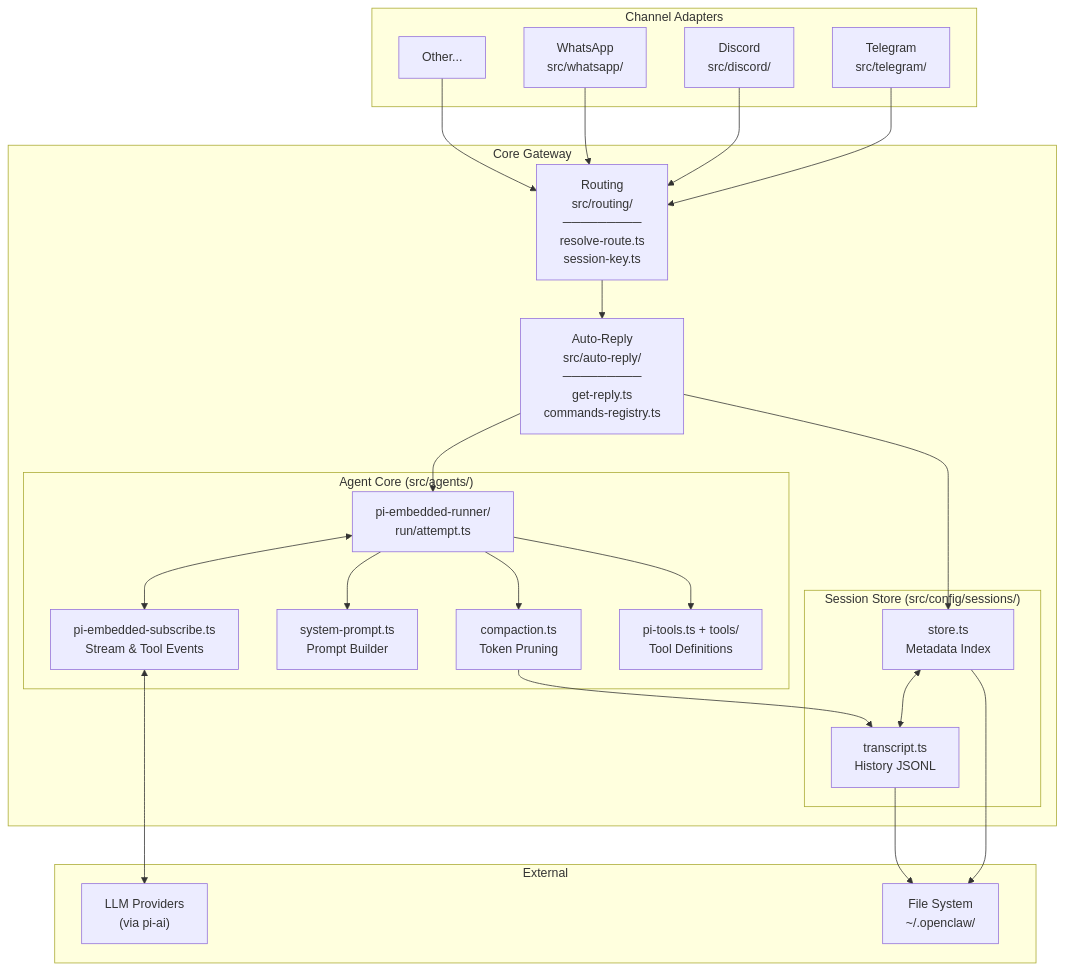
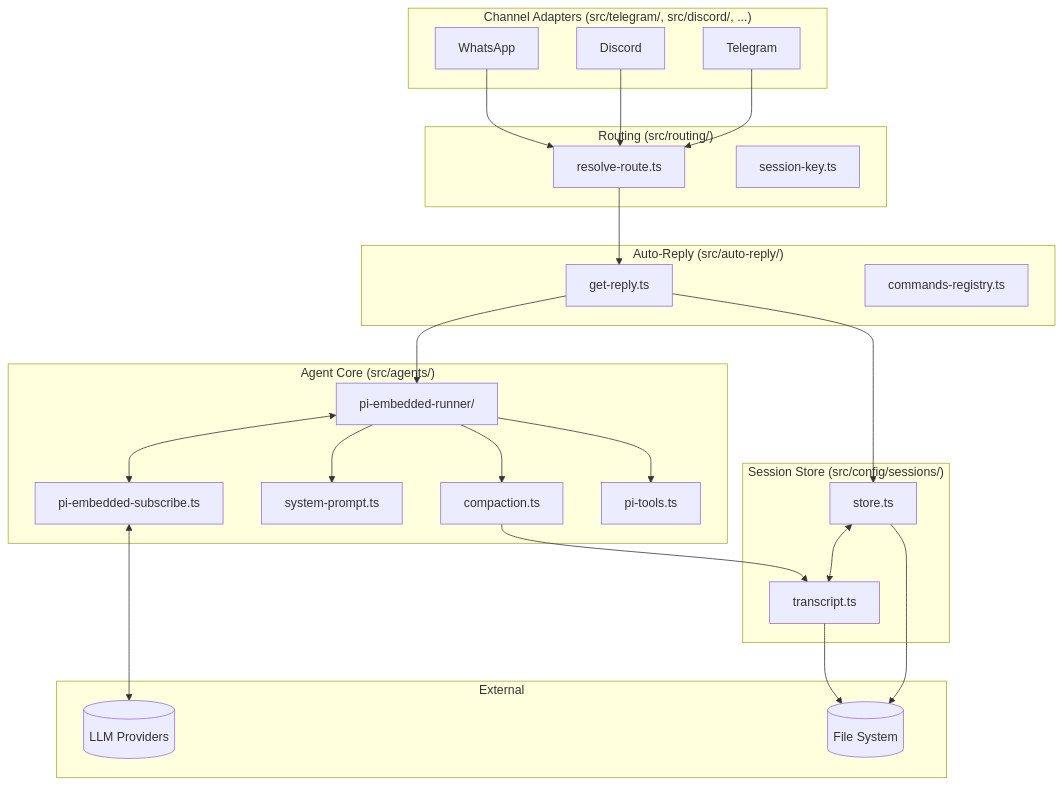
Before and after one commit to Elarwei001/research_openclaw: the second of 9 diagrams in architecture/components/session-management.md, drawn with Mermaid. The commit also changed other lines of this file and 1 other file, not shown here.

Commit message:
docs: fix module architecture diagram - show peer-level modules
- Remove misleading 'Core Gateway' container
- All modules are peer-level directories under src/
- Diagram now shows call relationships, not containment
- Added note clarifying this is not a hierarchy

````diff
--- a/architecture/components/session-management.md
+++ b/architecture/components/session-management.md
@@ -250,46 +250,47 @@
 ```mermaid
 flowchart TB
-    subgraph Channels["Channel Adapters"]
-        TG[Telegram<br/>src/telegram/]
-        DC[Discord<br/>src/discord/]
-        WA[WhatsApp<br/>src/whatsapp/]
-        OT[Other...]
+    subgraph Channels["Channel Adapters (src/telegram/, src/discord/, ...)"]
+        TG[Telegram]
+        DC[Discord]
+        WA[WhatsApp]
     end
 
-    subgraph Core["Core Gateway"]
-        Router["Routing<br/>src/routing/<br/>─────────<br/>resolve-route.ts<br/>session-key.ts"]
-        
-        AutoReply["Auto-Reply<br/>src/auto-reply/<br/>─────────<br/>get-reply.ts<br/>commands-registry.ts"]
-        
-        subgraph SessionMgr["Session Store (src/config/sessions/)"]
-            Store["store.ts<br/>Metadata Index"]
-            Trans["transcript.ts<br/>History JSONL"]
-        end
-        
-        subgraph AgentCore["Agent Core (src/agents/)"]
-            Runner["pi-embedded-runner/<br/>run/attempt.ts"]
-            Subscribe["pi-embedded-subscribe.ts<br/>Stream & Tool Events"]
-            SysPrompt["system-prompt.ts<br/>Prompt Builder"]
-            Compact["compaction.ts<br/>Token Pruning"]
-            Tools["pi-tools.ts + tools/<br/>Tool Definitions"]
-        end
+    subgraph Routing["Routing (src/routing/)"]
+        RR[resolve-route.ts]
+        SK[session-key.ts]
+    end
+
+    subgraph AutoReply["Auto-Reply (src/auto-reply/)"]
+        GR[get-reply.ts]
+        CR[commands-registry.ts]
+    end
+
+    subgraph SessionStore["Session Store (src/config/sessions/)"]
+        ST[store.ts]
+        TR[transcript.ts]
+    end
+
+    subgraph AgentCore["Agent Core (src/agents/)"]
+        Runner[pi-embedded-runner/]
+        Sub[pi-embedded-subscribe.ts]
+        Sys[system-prompt.ts]
+        Comp[compaction.ts]
+        Tools[pi-tools.ts]
     end
 
     subgraph External["External"]
-        LLM["LLM Providers<br/>(via pi-ai)"]
-        FS["File System<br/>~/.openclaw/"]
+        LLM[(LLM Providers)]
+        FS[(File System)]
     end
 
-    TG & DC & WA & OT --> Router
-    Router --> AutoReply
-    AutoReply --> Store
-    AutoReply --> Runner
-    Store <--> Trans
-    Store & Trans --> FS
-    Runner --> SysPrompt
-    Runner --> Tools
-    Runner <--> Subscribe
-    Subscribe <--> LLM
-    Runner --> Compact
-    Compact --> Trans
+    TG & DC & WA --> RR
+    RR --> GR
+    GR --> ST
+    GR --> Runner
+    ST <--> TR
+    ST & TR --> FS
+    Runner --> Sys & Tools & Comp
+    Runner <--> Sub
+    Sub <--> LLM
+    Comp --> TR
 ```
````
